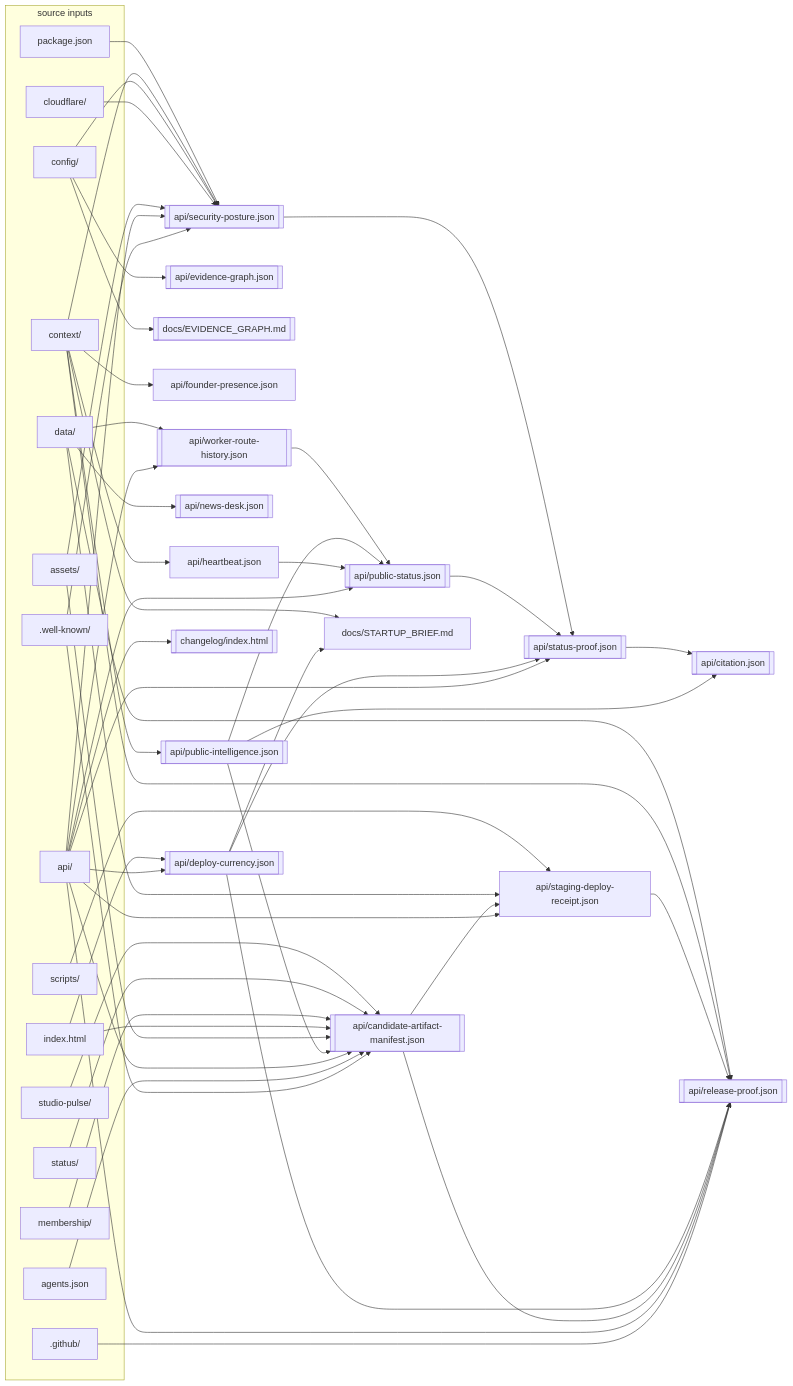
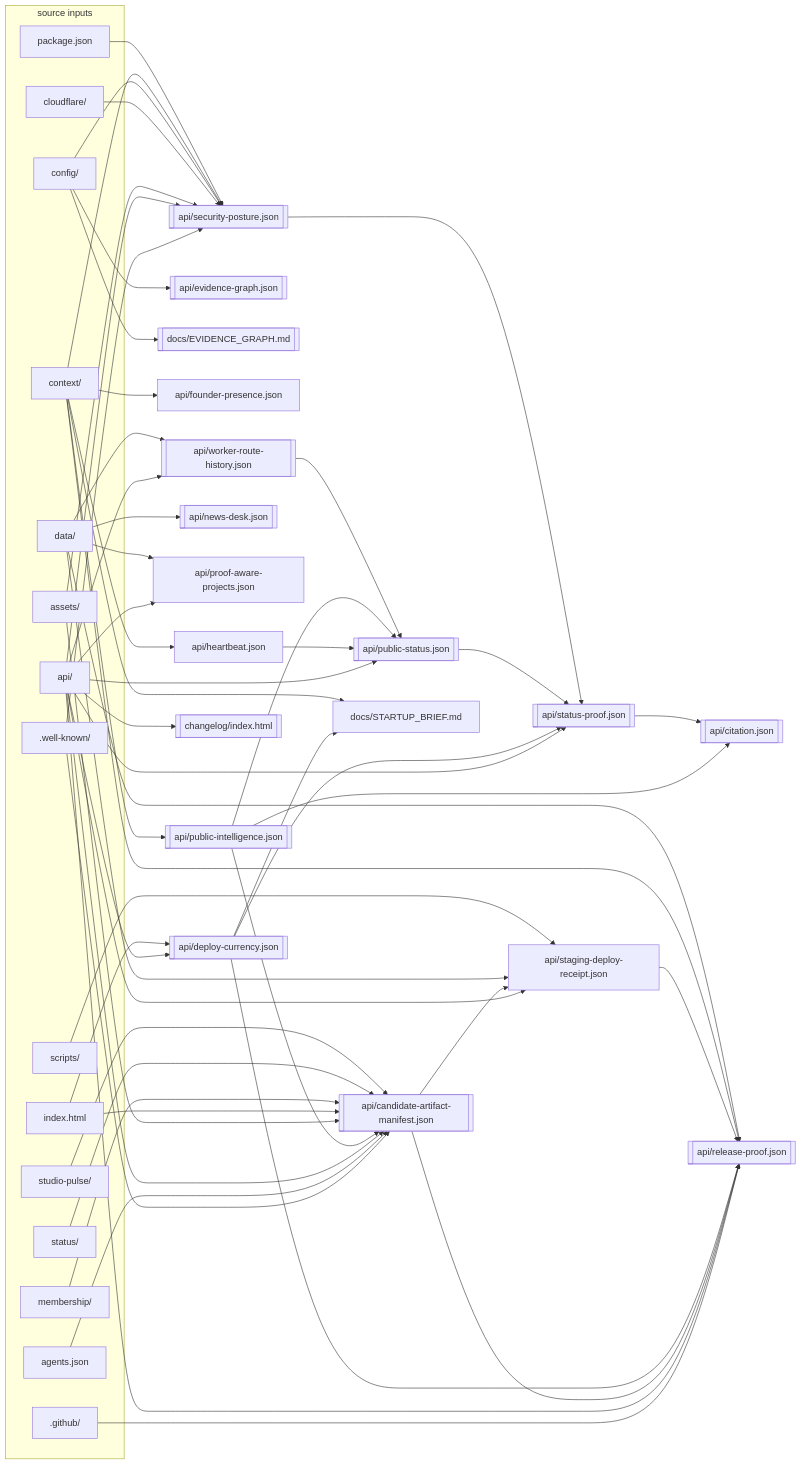
Before and after one commit to VaultSparkStudios/VaultSparkStudios.github.io: the diagram in docs/EVIDENCE_GRAPH.md, drawn with Mermaid. The commit also changed other lines of this file and 88 other files, not shown here.

```diff
--- a/docs/EVIDENCE_GRAPH.md
+++ b/docs/EVIDENCE_GRAPH.md
@@ -54,6 +54,7 @@
   n_api_founder_presence_json["api/founder-presence.json"]
   n_api_heartbeat_json["api/heartbeat.json"]
   n_api_news_desk_json[["api/news-desk.json"]]
+  n_api_proof_aware_projects_json["api/proof-aware-projects.json"]
   n_api_public_intelligence_json[["api/public-intelligence.json"]]
   n_api_public_status_json[["api/public-status.json"]]
   n_api_release_proof_json[["api/release-proof.json"]]
@@ -69,6 +70,7 @@
   n_agents_json --> n_api_candidate_artifact_manifest_json
   n_api_ --> n_api_candidate_artifact_manifest_json
   n_api_ --> n_api_deploy_currency_json
+  n_api_ --> n_api_proof_aware_projects_json
   n_api_ --> n_api_public_status_json
   n_api_ --> n_api_release_proof_json
   n_api_ --> n_api_security_posture_json
@@ -103,6 +105,7 @@
   n_context_ --> n_api_security_posture_json
   n_context_ --> n_docs_STARTUP_BRIEF_md
   n_data_ --> n_api_news_desk_json
+  n_data_ --> n_api_proof_aware_projects_json
   n_data_ --> n_api_release_proof_json
   n_data_ --> n_api_staging_deploy_receipt_json
   n_data_ --> n_api_worker_route_history_json
```
